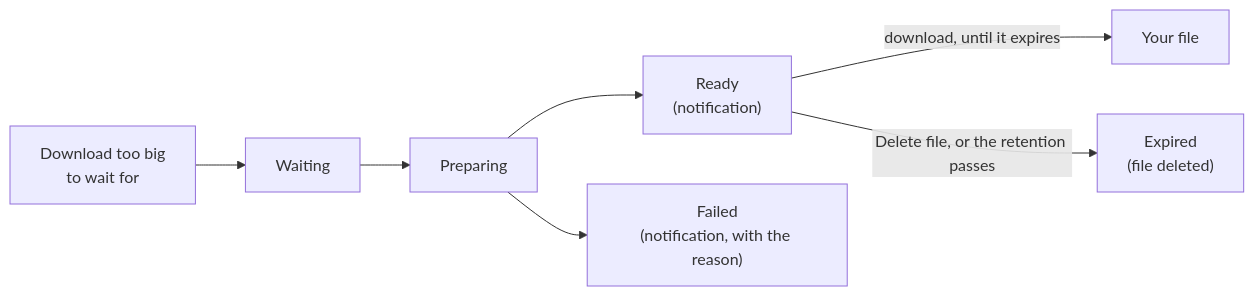
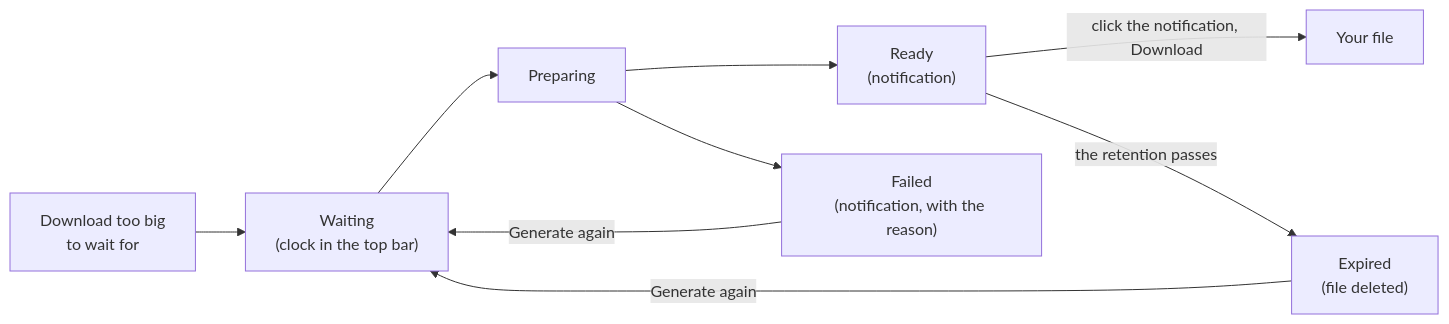
The third of 3 diagrams in docs/website/docs/core-features/reports-and-export.md (ballardr/reqtrackmanager), drawn with Mermaid before and after one commit. The commit also changed other lines of this file and 45 other files, not shown here.

````diff
--- a/docs/website/docs/core-features/reports-and-export.md
+++ b/docs/website/docs/core-features/reports-and-export.md
@@ -101,9 +103,11 @@
 ```mermaid
 flowchart LR
-    A["Download too big<br/>to wait for"] --> B["Waiting"]
+    A["Download too big<br/>to wait for"] --> B["Waiting<br/>(clock in the top bar)"]
     B --> C["Preparing"]
     C --> D["Ready<br/>(notification)"]
     C --> F["Failed<br/>(notification, with the reason)"]
-    D -->|"download, until it expires"| G["Your file"]
-    D -->|"Delete file, or the retention passes"| H["Expired<br/>(file deleted)"]
+    D -->|"click the notification, Download"| G["Your file"]
+    D -->|"the retention passes"| H["Expired<br/>(file deleted)"]
+    H -->|"Generate again"| B
+    F -->|"Generate again"| B
 ```
````
